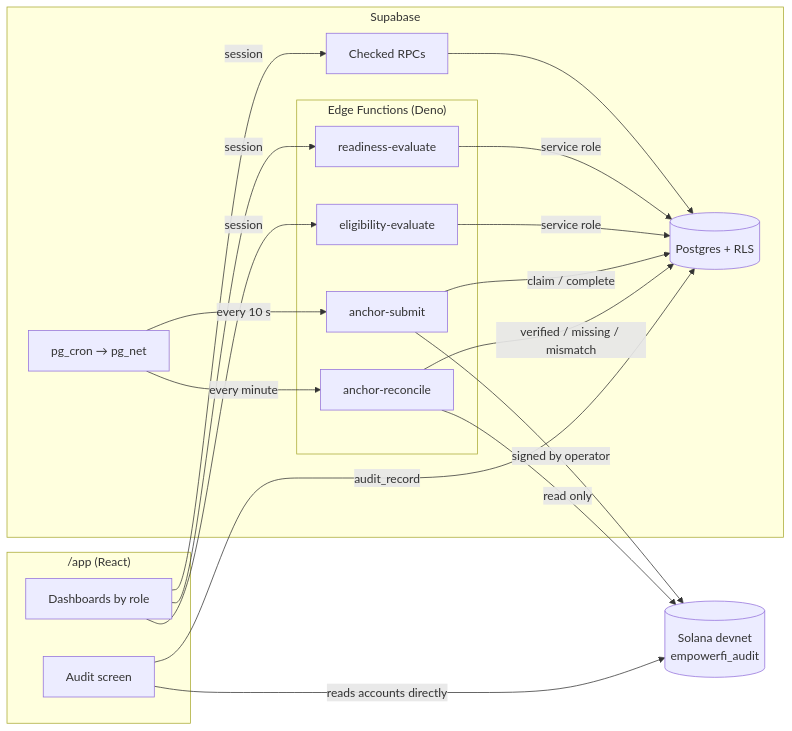
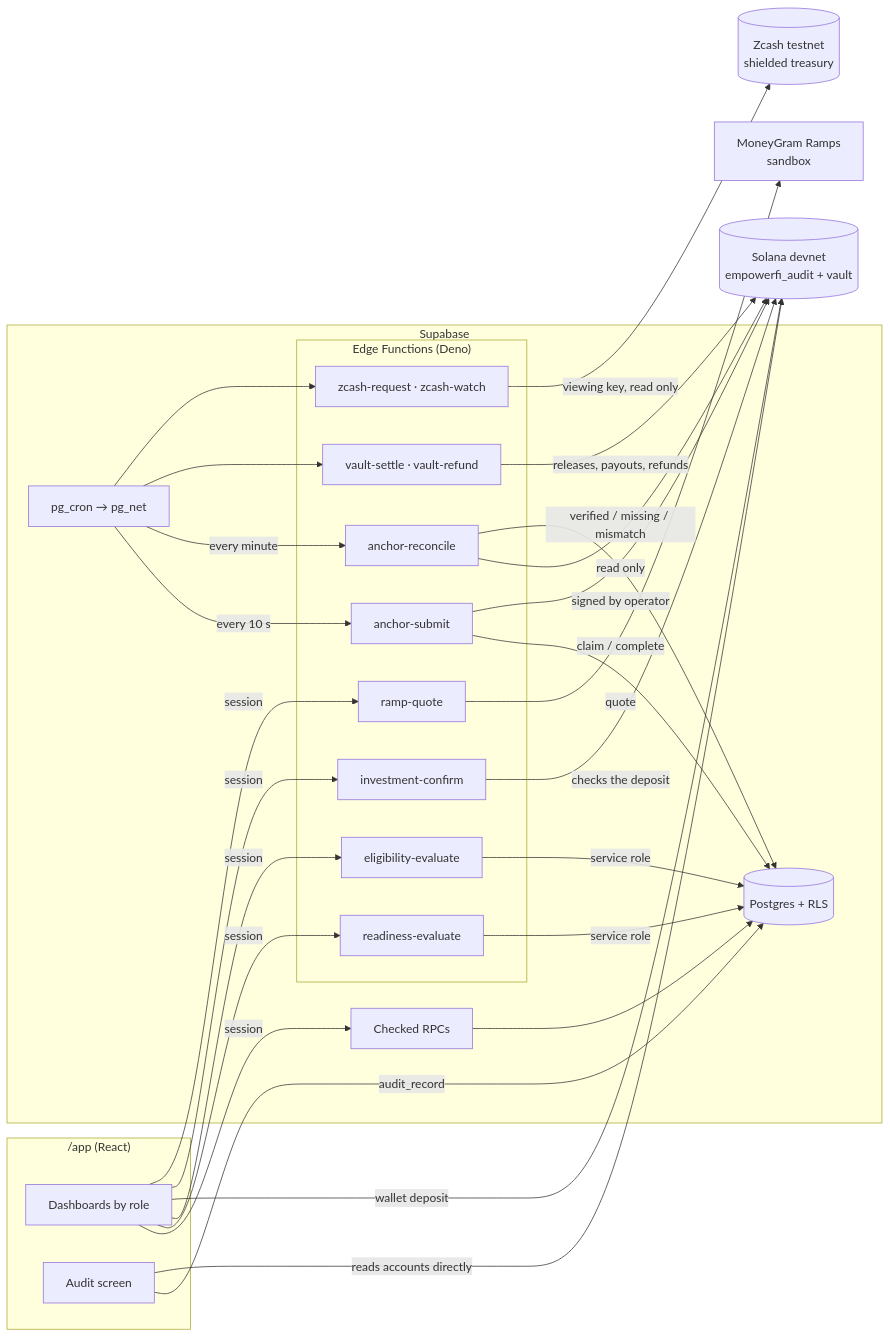
Before and after one commit to EmpowerFI/credit-forge-x: the diagram in docs/ARCHITECTURE.md, drawn with Mermaid. The commit also changed other lines of this file and 4 other files, not shown here.

````diff
--- a/docs/ARCHITECTURE.md
+++ b/docs/ARCHITECTURE.md
@@ -15,31 +15,44 @@
 ```mermaid
 flowchart LR
   subgraph Browser["/app (React)"]
     UI[Dashboards by role]
     AUD[Audit screen]
   end
   subgraph Supabase
     PG[(Postgres + RLS)]
     RPC[Checked RPCs]
     CRON[pg_cron → pg_net]
     subgraph Edge["Edge Functions (Deno)"]
       RE[readiness-evaluate]
       EE[eligibility-evaluate]
       AS[anchor-submit]
       AR[anchor-reconcile]
+      IC[investment-confirm]
+      VS[vault-settle · vault-refund]
+      ZW[zcash-request · zcash-watch]
+      RQ[ramp-quote]
     end
   end
-  SOL[(Solana devnet<br/>empowerfi_audit)]
+  SOL[(Solana devnet<br/>empowerfi_audit + vault)]
+  ZEC[(Zcash testnet<br/>shielded treasury)]
+  MG[MoneyGram Ramps<br/>sandbox]
 
   UI -- session --> RPC --> PG
   UI -- session --> RE & EE
   RE & EE -- service role --> PG
   CRON -- every 10 s --> AS
   CRON -- every minute --> AR
   AS -- claim / complete --> PG
   AS -- signed by operator --> SOL
   AR -- read only --> SOL
   AR -- verified / missing / mismatch --> PG
   AUD -- audit_record --> PG
   AUD -- reads accounts directly --> SOL
+  UI -- wallet deposit --> SOL
+  UI -- session --> IC & RQ
+  IC -- checks the deposit --> SOL
+  CRON --> VS & ZW
+  VS -- releases, payouts, refunds --> SOL
+  ZW -- viewing key, read only --> ZEC
+  RQ -- quote --> MG
 ```
````
